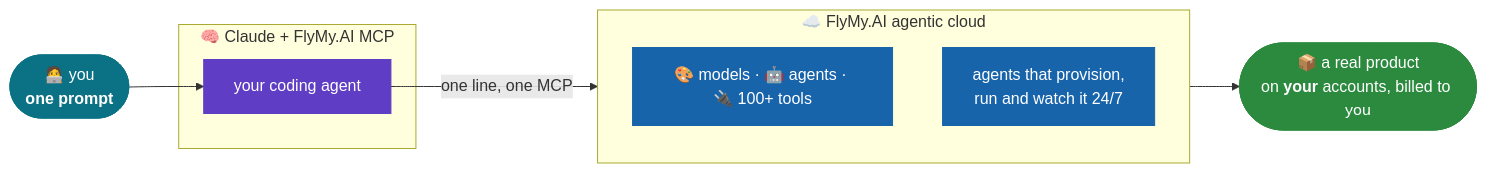
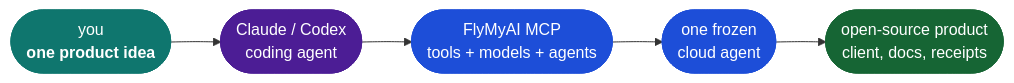
One commit to FlyMyAI/build-with-flymyai changed the diagram in README.md. Above: the diagram before and after it, drawn with Mermaid. The commit also changed other lines of this file, not shown here.

````diff
--- a/README.md
+++ b/README.md
@@ -5,20 +16,14 @@
 ```mermaid
 flowchart LR
-    U(["🧑‍💻 you<br/><b>one prompt</b>"]) --> C
-    subgraph BRAIN["🧠 Claude + FlyMy.AI MCP"]
-        C["your coding agent"]
-    end
-    C -->|one line, one MCP| CLOUD
-    subgraph CLOUD["☁️ FlyMy.AI agentic cloud"]
-        direction TB
-        M["🎨 models · 🤖 agents · 🔌 100+ tools"]
-        A["agents that provision,<br/>run and watch it 24/7"]
-    end
-    CLOUD --> OUT(["📦 a real product<br/>on <b>your</b> accounts, billed to you"])
+    U(["you<br/><b>one product idea</b>"]) --> C
+    C(["Claude / Codex<br/>coding agent"]) --> MCP
+    MCP(["FlyMyAI MCP<br/>tools + models + agents"]) --> A
+    A(["one frozen<br/>cloud agent"]) --> P
+    P(["open-source product<br/>client, docs, receipts"])
 
-    classDef you fill:#0b7285,stroke:#0b7285,color:#fff;
-    classDef brain fill:#5f3dc4,stroke:#5f3dc4,color:#fff;
-    classDef cloud fill:#1864ab,stroke:#1864ab,color:#fff;
-    classDef out fill:#2b8a3e,stroke:#2b8a3e,color:#fff;
-    class U you; class C brain; class M,A cloud; class OUT out;
+    classDef user fill:#0f766e,stroke:#0f766e,color:#fff;
+    classDef agent fill:#4c1d95,stroke:#4c1d95,color:#fff;
+    classDef cloud fill:#1d4ed8,stroke:#1d4ed8,color:#fff;
+    classDef out fill:#166534,stroke:#166534,color:#fff;
+    class U user; class C agent; class MCP,A cloud; class P out;
 ```
````
